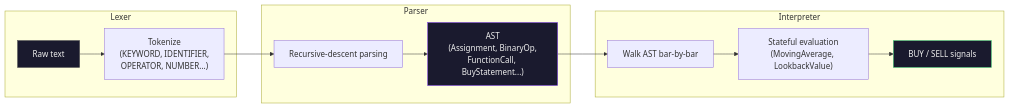
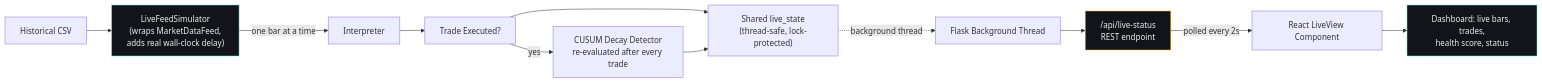
One commit to Arjunpaan/VIGIL changed the second of 3 diagrams in README.md. Above: the diagram before and after it, drawn with Mermaid. The commit also changed other lines of this file, not shown here.

Commit message:
Update README: position sizing, RSI strategy, live-streaming architecture

````diff
--- a/README.md
+++ b/README.md
@@ -97,19 +106,18 @@
 ```mermaid
 flowchart LR
-    subgraph Lexer
-        A1["Raw text"] --> A2["Tokenize<br/>(KEYWORD, IDENTIFIER,<br/>OPERATOR, NUMBER...)"]
-    end
-    subgraph Parser
-        A2 --> B1["Recursive-descent parsing"]
-        B1 --> B2["AST<br/>(Assignment, BinaryOp,<br/>FunctionCall, BuyStatement...)"]
-    end
-    subgraph Interpreter
-        B2 --> C1["Walk AST bar-by-bar"]
-        C1 --> C2["Stateful evaluation<br/>(MovingAverage, LookbackValue)"]
-        C2 --> C3["BUY / SELL signals"]
-    end
+    A[Historical CSV] --> B["LiveFeedSimulator<br/>(wraps MarketDataFeed,<br/>adds real wall-clock delay)"]
+    B -->|one bar at a time| C[Interpreter]
+    C --> D[Trade Executed?]
+    D -->|yes| E["CUSUM Decay Detector<br/>re-evaluated after every trade"]
+    D --> F["Shared live_state<br/>(thread-safe, lock-protected)"]
+    E --> F
 
-    style A1 fill:#1a1a2e,stroke:#555,color:#eee
-    style B2 fill:#1a1a2e,stroke:#7c3aed,color:#eee
-    style C3 fill:#1a1a2e,stroke:#4ade80,color:#eee
+    F -.->|background thread| G[Flask Background Thread]
+    G --> H["/api/live-status<br/>REST endpoint"]
+    H -->|polled every 2s| I[React LiveView Component]
+    I --> J[Dashboard: live bars, trades,<br/>health score, status]
+
+    style B fill:#12141a,stroke:#5eead4,color:#eee
+    style H fill:#12141a,stroke:#fbbf24,color:#eee
+    style J fill:#12141a,stroke:#5eead4,color:#eee
 ```
````
